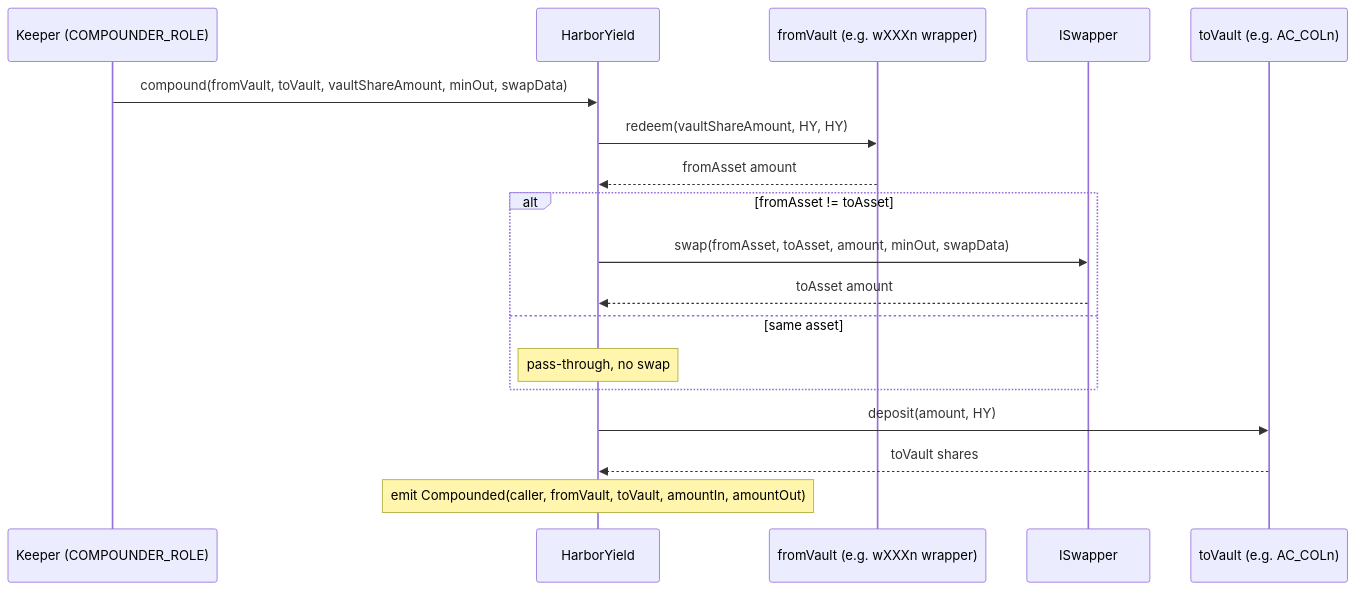
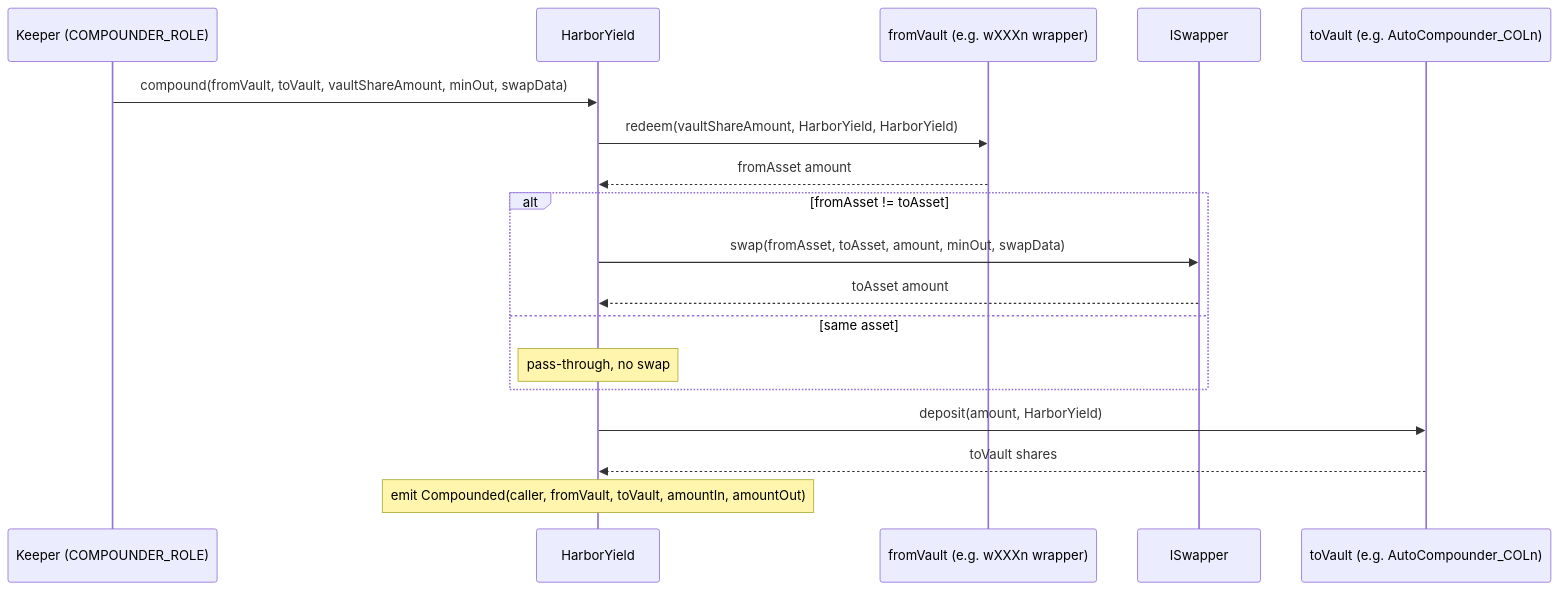
The eighth of 9 diagrams in doc/autocompounding-vault-design.md (baofinance/harbor), drawn with Mermaid before and after one commit. The commit also changed other lines of this file and 6 other files, not shown here.

````diff
--- a/doc/autocompounding-vault-design.md
+++ b/doc/autocompounding-vault-design.md
@@ -278,21 +278,21 @@
 ```mermaid
 sequenceDiagram
     participant Keeper as Keeper (COMPOUNDER_ROLE)
-    participant HY as HarborYield
+    participant HarborYield as HarborYield
     participant Src as fromVault (e.g. wXXXn wrapper)
     participant Swap as ISwapper
-    participant Dst as toVault (e.g. AC_COLn)
+    participant Dst as toVault (e.g. AutoCompounder_COLn)
 
-    Keeper->>HY: compound(fromVault, toVault, vaultShareAmount, minOut, swapData)
-    HY->>Src: redeem(vaultShareAmount, HY, HY)
-    Src-->>HY: fromAsset amount
+    Keeper->>HarborYield: compound(fromVault, toVault, vaultShareAmount, minOut, swapData)
+    HarborYield->>Src: redeem(vaultShareAmount, HarborYield, HarborYield)
+    Src-->>HarborYield: fromAsset amount
     alt fromAsset != toAsset
-        HY->>Swap: swap(fromAsset, toAsset, amount, minOut, swapData)
-        Swap-->>HY: toAsset amount
+        HarborYield->>Swap: swap(fromAsset, toAsset, amount, minOut, swapData)
+        Swap-->>HarborYield: toAsset amount
     else same asset
-        Note over HY: pass-through, no swap
+        Note over HarborYield: pass-through, no swap
     end
-    HY->>Dst: deposit(amount, HY)
-    Dst-->>HY: toVault shares
-    Note over HY: emit Compounded(caller, fromVault, toVault, amountIn, amountOut)
+    HarborYield->>Dst: deposit(amount, HarborYield)
+    Dst-->>HarborYield: toVault shares
+    Note over HarborYield: emit Compounded(caller, fromVault, toVault, amountIn, amountOut)
 ```
````
